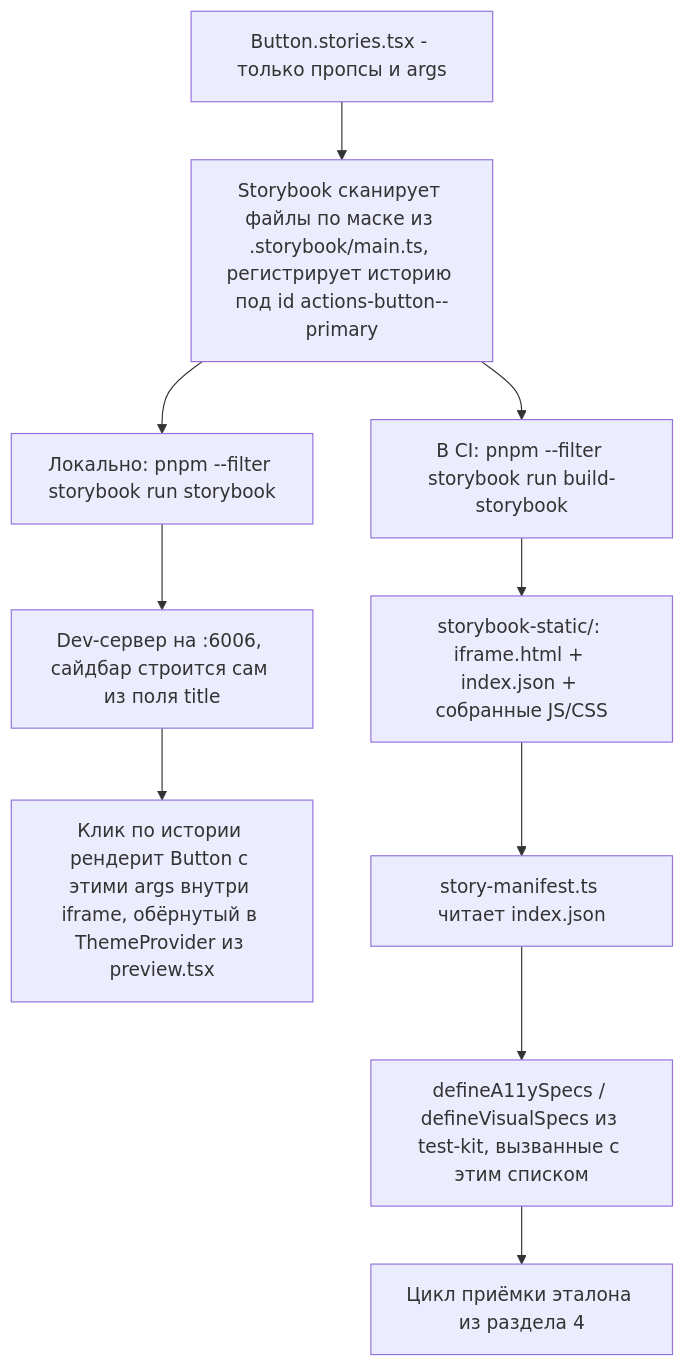
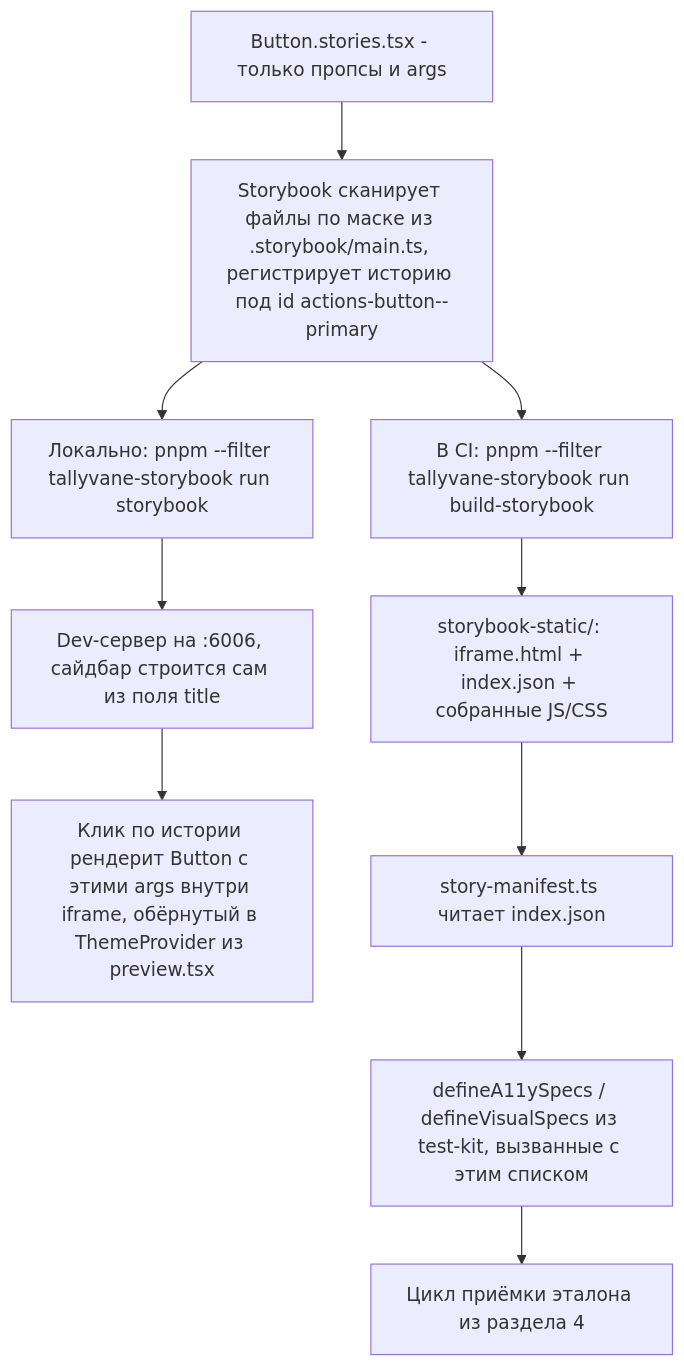
One commit to yuriisurzhykov/Tallyvane changed the third of 3 diagrams in docs/frontend/02-component-testing-architecture.md. Above: the diagram before and after it, drawn with Mermaid. The commit also changed other lines of this file and 5 other files, not shown here.

````diff
--- a/docs/frontend/02-component-testing-architecture.md
+++ b/docs/frontend/02-component-testing-architecture.md
@@ -281,16 +281,16 @@
 ```mermaid
 flowchart TD
     StoryFile["Button.stories.tsx - только пропсы и args"]
     StoryFile --> Registered["Storybook сканирует файлы по маске из .storybook/main.ts, регистрирует историю под id actions-button--primary"]
 
-    Registered --> DevPath["Локально: pnpm --filter storybook run storybook"]
-    Registered --> BuildPath["В CI: pnpm --filter storybook run build-storybook"]
+    Registered --> DevPath["Локально: pnpm --filter tallyvane-storybook run storybook"]
+    Registered --> BuildPath["В CI: pnpm --filter tallyvane-storybook run build-storybook"]
 
     DevPath --> DevServer["Dev-сервер на :6006, сайдбар строится сам из поля title"]
     DevServer --> Iframe1["Клик по истории рендерит Button с этими args внутри iframe, обёрнутый в ThemeProvider из preview.tsx"]
 
     BuildPath --> StaticSite["storybook-static/: iframe.html + index.json + собранные JS/CSS"]
     StaticSite --> StoryManifestGen["story-manifest.ts читает index.json"]
     StoryManifestGen --> DefineSpecs["defineA11ySpecs / defineVisualSpecs из test-kit, вызванные с этим списком"]
     DefineSpecs --> BaselineFlow["Цикл приёмки эталона из раздела 4"]
 ```
````
